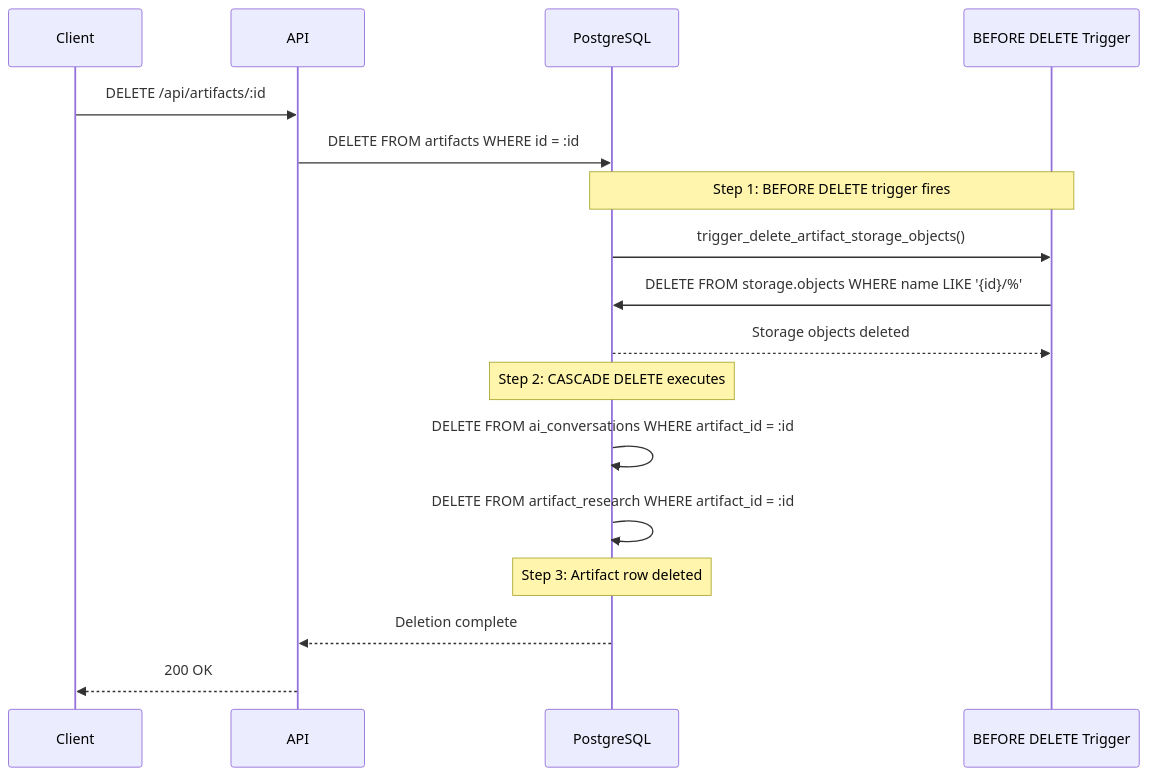
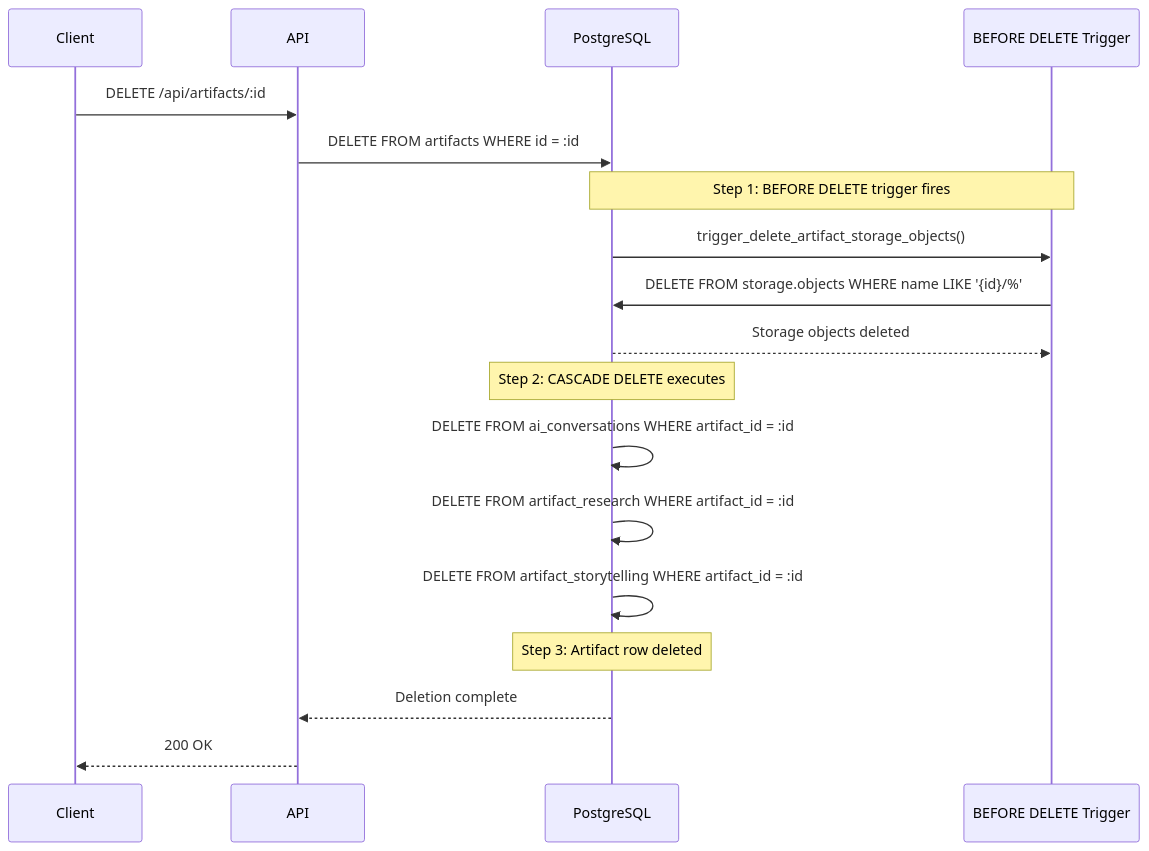
One commit to kobiagi-builder/nextup changed the third of 3 diagrams in docs/Architecture/database/artifact-data-relationships.md. Above: the diagram before and after it, drawn with Mermaid. The commit also changed other lines of this file and 133 other files, not shown here.

````diff
--- a/docs/Architecture/database/artifact-data-relationships.md
+++ b/docs/Architecture/database/artifact-data-relationships.md
@@ -116,23 +131,24 @@
 ```mermaid
 sequenceDiagram
     participant Client
     participant API
     participant DB as PostgreSQL
     participant Trigger as BEFORE DELETE Trigger
 
     Client->>API: DELETE /api/artifacts/:id
     API->>DB: DELETE FROM artifacts WHERE id = :id
 
     Note over DB,Trigger: Step 1: BEFORE DELETE trigger fires
     DB->>Trigger: trigger_delete_artifact_storage_objects()
     Trigger->>DB: DELETE FROM storage.objects WHERE name LIKE '{id}/%'
     DB-->>Trigger: Storage objects deleted
 
     Note over DB: Step 2: CASCADE DELETE executes
     DB->>DB: DELETE FROM ai_conversations WHERE artifact_id = :id
     DB->>DB: DELETE FROM artifact_research WHERE artifact_id = :id
+    DB->>DB: DELETE FROM artifact_storytelling WHERE artifact_id = :id
 
     Note over DB: Step 3: Artifact row deleted
     DB-->>API: Deletion complete
     API-->>Client: 200 OK
 ```
````
